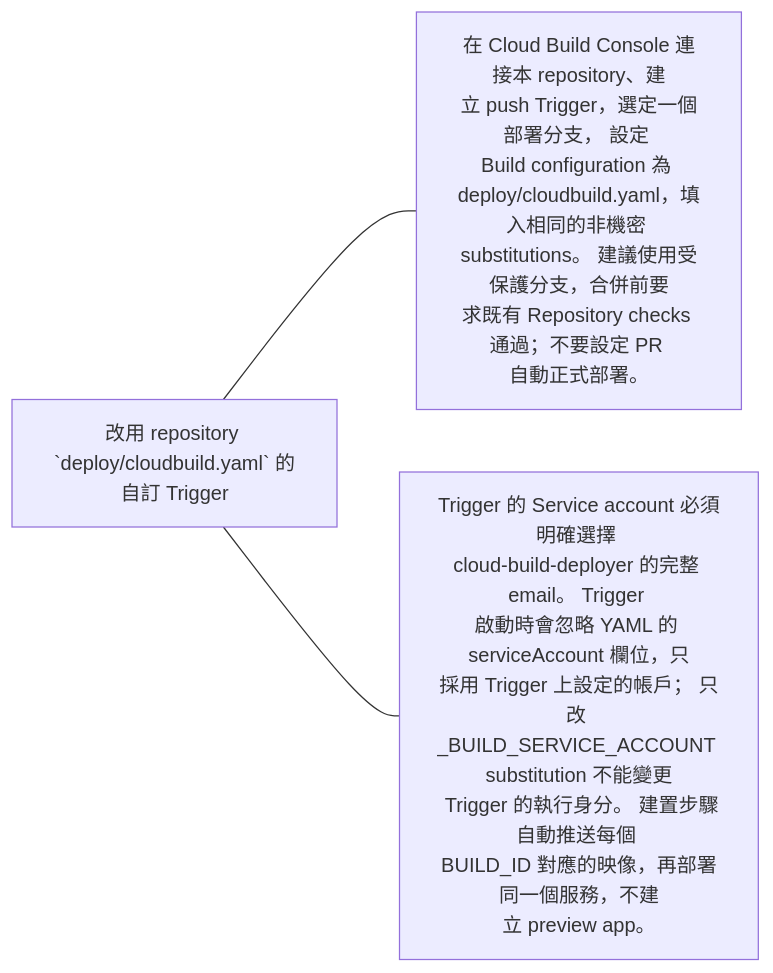
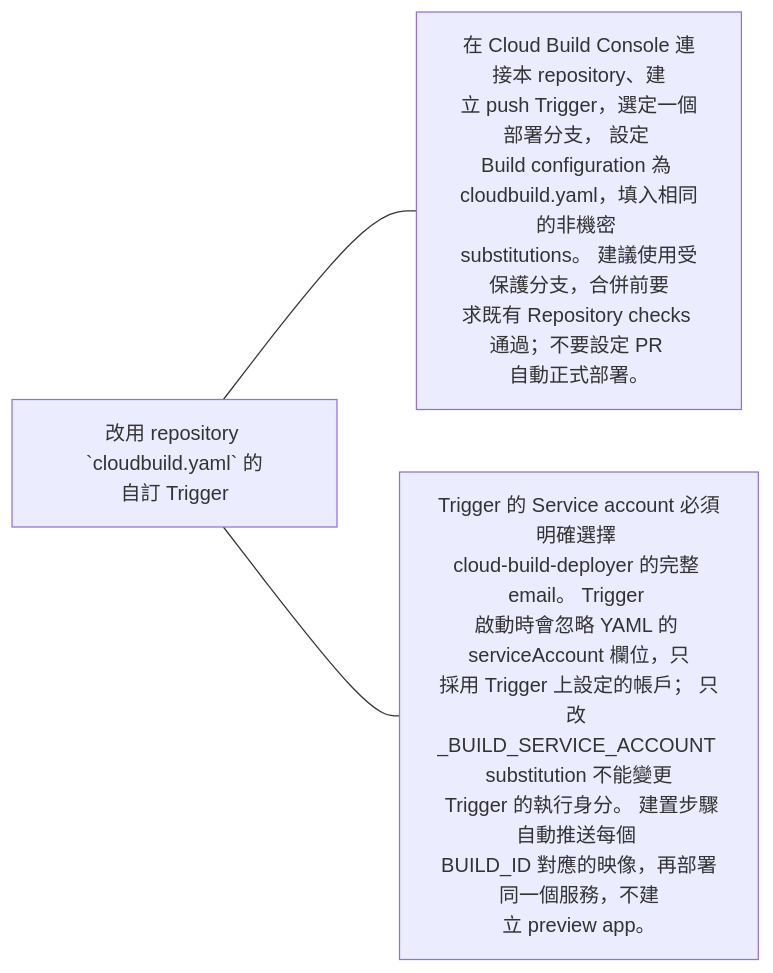
Diagram 17 of 19 in docs/operations/cloud-run.md (963sup/line-mini-app-bot), drawn with Mermaid before and after one commit. The commit also changed other lines of this file and 22 other files, not shown here.

````diff
--- a/docs/operations/cloud-run.md
+++ b/docs/operations/cloud-run.md
@@ -186,6 +192,6 @@
 ```mermaid
 flowchart LR
-  h["改用 repository #96;deploy/cloudbuild.yaml#96; 的<br/>自訂 Trigger"]
-  h --- n0["在 Cloud Build Console 連接本 repository、建<br/>立 push Trigger，選定一個部署分支， 設定 <br/>Build configuration 為 <br/>deploy/cloudbuild.yaml，填入相同的非機密 <br/>substitutions。 建議使用受保護分支，合併前要<br/>求既有 Repository checks 通過；不要設定 PR <br/>自動正式部署。"]
+  h["改用 repository #96;cloudbuild.yaml#96; 的<br/>自訂 Trigger"]
+  h --- n0["在 Cloud Build Console 連接本 repository、建<br/>立 push Trigger，選定一個部署分支， 設定 <br/>Build configuration 為 <br/>cloudbuild.yaml，填入相同的非機密 <br/>substitutions。 建議使用受保護分支，合併前要<br/>求既有 Repository checks 通過；不要設定 PR <br/>自動正式部署。"]
   h --- n1["Trigger 的 Service account 必須明確選擇 <br/>cloud-build-deployer 的完整 email。 Trigger <br/>啟動時會忽略 YAML 的 serviceAccount 欄位，只<br/>採用 Trigger 上設定的帳戶； 只改 <br/>_BUILD_SERVICE_ACCOUNT substitution 不能變更<br/> Trigger 的執行身分。 建置步驟自動推送每個 <br/>BUILD_ID 對應的映像，再部署同一個服務，不建<br/>立 preview app。"]
 ```
````
